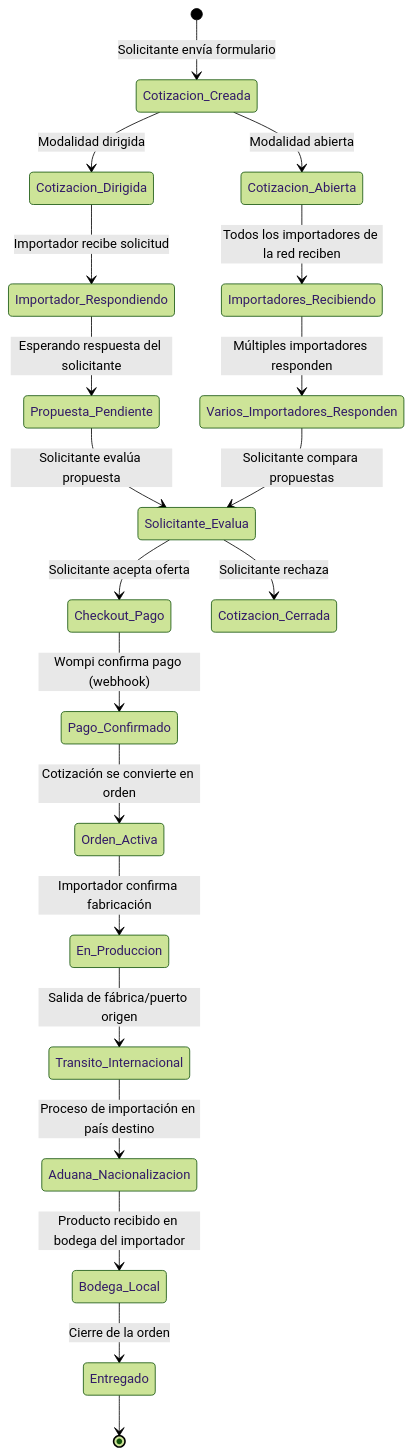
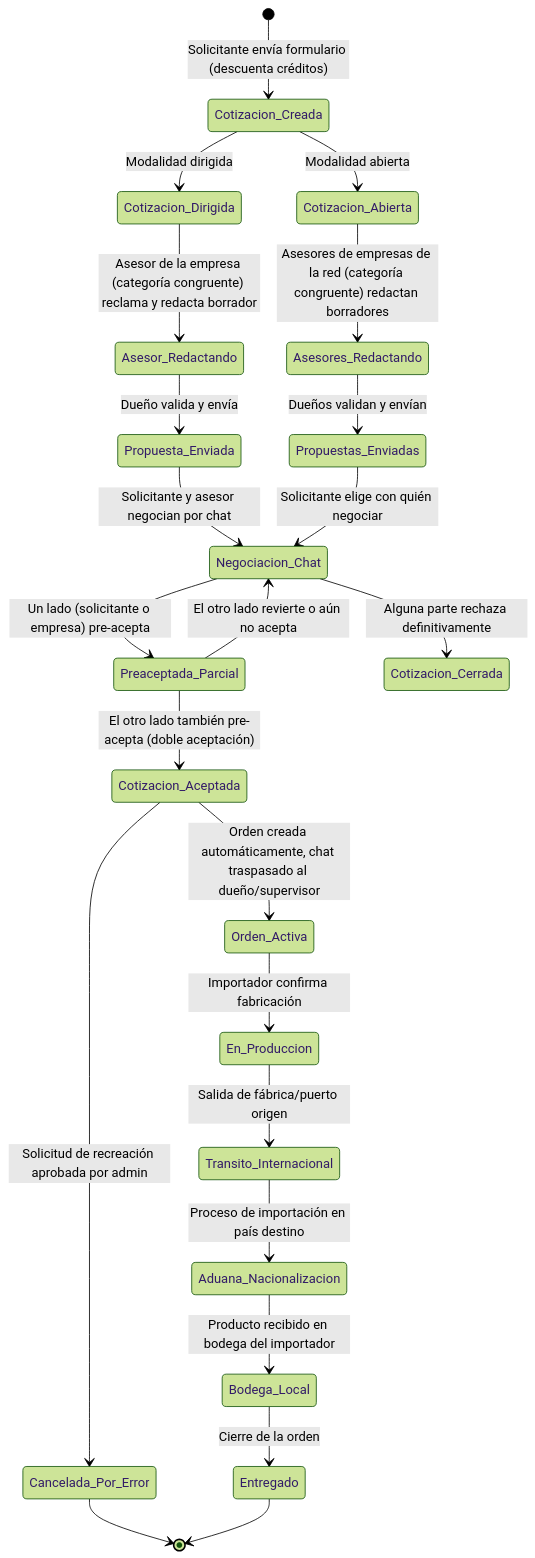
One commit to JuanEstebanAstaiza/ImportacionesQ8 changed the sixth of 9 diagrams in ImportacionesQ8V/00-Index-y-Navegacion/Mapa-Conexiones-Obsidian.md. Above: the diagram before and after it, drawn with Mermaid (forest theme). The commit also changed other lines of this file and 61 other files, not shown here.

````diff
--- a/ImportacionesQ8V/00-Index-y-Navegacion/Mapa-Conexiones-Obsidian.md
+++ b/ImportacionesQ8V/00-Index-y-Navegacion/Mapa-Conexiones-Obsidian.md
@@ -219,29 +237,33 @@
 ```mermaid
 stateDiagram-v2
-    [*] --> Cotizacion_Creada: Solicitante envía formulario
+    [*] --> Cotizacion_Creada: Solicitante envía formulario (descuenta créditos)
     Cotizacion_Creada --> Cotizacion_Dirigida: Modalidad dirigida
     Cotizacion_Creada --> Cotizacion_Abierta: Modalidad abierta
 
-    Cotizacion_Dirigida --> Importador_Respondiendo: Importador recibe solicitud
-    Cotizacion_Abierta --> Importadores_Recibiendo: Todos los importadores de la red reciben
+    Cotizacion_Dirigida --> Asesor_Redactando: Asesor de la empresa (categoría congruente) reclama y redacta borrador
+    Cotizacion_Abierta --> Asesores_Redactando: Asesores de empresas de la red (categoría congruente) redactan borradores
 
-    Importador_Respondiendo --> Propuesta_Pendiente: Esperando respuesta del solicitante
-    Importadores_Recibiendo --> Varios_Importadores_Responden: Múltiples importadores responden
+    Asesor_Redactando --> Propuesta_Enviada: Dueño valida y envía
+    Asesores_Redactando --> Propuestas_Enviadas: Dueños validan y envían
 
-    Propuesta_Pendiente --> Solicitante_Evalua: Solicitante evalúa propuesta
-    Varios_Importadores_Responden --> Solicitante_Evalua: Solicitante compara propuestas
+    Propuesta_Enviada --> Negociacion_Chat: Solicitante y asesor negocian por chat
+    Propuestas_Enviadas --> Negociacion_Chat: Solicitante elige con quién negociar
 
-    Solicitante_Evalua --> Checkout_Pago: Solicitante acepta oferta
-    Solicitante_Evalua --> Cotizacion_Cerrada: Solicitante rechaza
+    Negociacion_Chat --> Preaceptada_Parcial: Un lado (solicitante o empresa) pre-acepta
+    Preaceptada_Parcial --> Negociacion_Chat: El otro lado revierte o aún no acepta
+    Preaceptada_Parcial --> Cotizacion_Aceptada: El otro lado también pre-acepta (doble aceptación)
+    Negociacion_Chat --> Cotizacion_Cerrada: Alguna parte rechaza definitivamente
 
-    Checkout_Pago --> Pago_Confirmado: Wompi confirma pago (webhook)
-    Pago_Confirmado --> Orden_Activa: Cotización se convierte en orden
+    Cotizacion_Aceptada --> Orden_Activa: Orden creada automáticamente, chat traspasado al dueño/supervisor
 
     Orden_Activa --> En_Produccion: Importador confirma fabricación
     En_Produccion --> Transito_Internacional: Salida de fábrica/puerto origen
     Transito_Internacional --> Aduana_Nacionalizacion: Proceso de importación en país destino
     Aduana_Nacionalizacion --> Bodega_Local: Producto recibido en bodega del importador
     Bodega_Local --> Entregado: Cierre de la orden
 
+    Cotizacion_Aceptada --> Cancelada_Por_Error: Solicitud de recreación aprobada por admin
+    Cancelada_Por_Error --> [*]
+
     Entregado --> [*]
 ```
````
